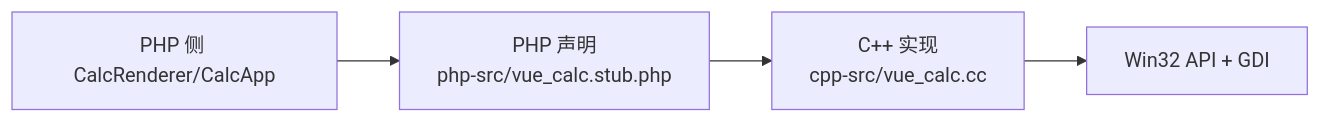
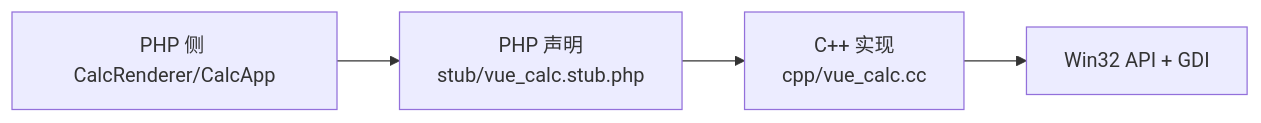
Before and after one commit to xingye00186/PHP-Data-UI-Framework-powered-by-swooleAOT: the sixth of 8 diagrams in .qoder/repowiki/zh/content/构建和部署.md, drawn with Mermaid. The commit also changed other lines of this file and 7 other files, not shown here.

````diff
--- a/.qoder/repowiki/zh/content/构建和部署.md
+++ b/.qoder/repowiki/zh/content/构建和部署.md
@@ -181,6 +242,6 @@
 ```mermaid
 graph LR
-PHP["PHP 侧 CalcRenderer/CalcApp"] --> Stub["PHP 声明<br/>php-src/vue_calc.stub.php"]
-Stub --> CC["C++ 实现<br/>cpp-src/vue_calc.cc"]
+PHP["PHP 侧 CalcRenderer/CalcApp"] --> Stub["PHP 声明<br/>stub/vue_calc.stub.php"]
+Stub --> CC["C++ 实现<br/>cpp/vue_calc.cc"]
 CC --> Win32["Win32 API + GDI"]
 ```
````
